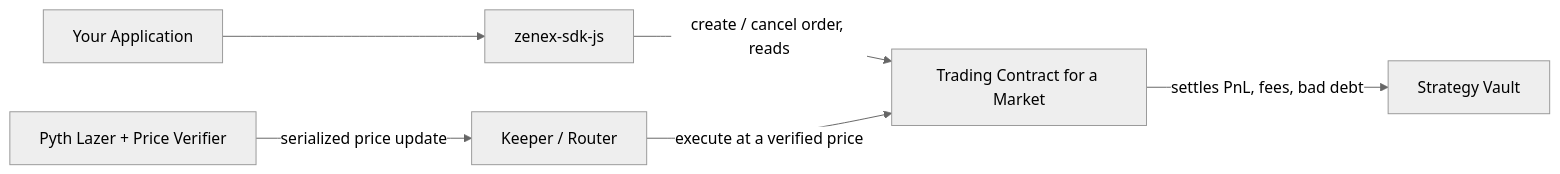
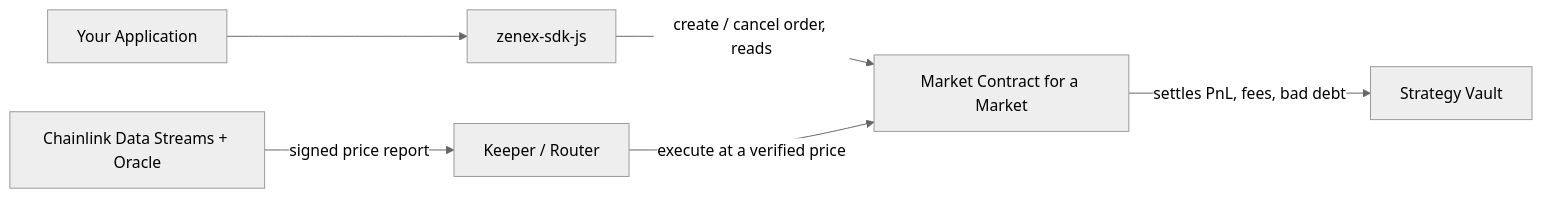
One commit to zenith-protocols/zenex-docs changed the diagram in integrations/overview.md. Above: the diagram before and after it, drawn with Mermaid (neutral theme). The commit also changed other lines of this file and 71 other files, not shown here.

````diff
--- a/integrations/overview.md
+++ b/integrations/overview.md
@@ -26,15 +26,15 @@
 ```mermaid
 flowchart LR
     UI[Your Application]
     SDK[zenex-sdk-js]
-    Trading[Trading Contract for a Market]
+    Market[Market Contract for a Market]
     Vault[Strategy Vault]
     Keeper[Keeper / Router]
-    Oracle[Pyth Lazer + Price Verifier]
+    Oracle[Chainlink Data Streams + Oracle]
 
     UI --> SDK
-    SDK -->|create / cancel order, reads| Trading
-    Keeper -->|execute at a verified price| Trading
-    Oracle -->|serialized price update| Keeper
-    Trading -->|settles PnL, fees, bad debt| Vault
+    SDK -->|create / cancel order, reads| Market
+    Keeper -->|execute at a verified price| Market
+    Oracle -->|signed price report| Keeper
+    Market -->|settles PnL, fees, bad debt| Vault
 ```
````
